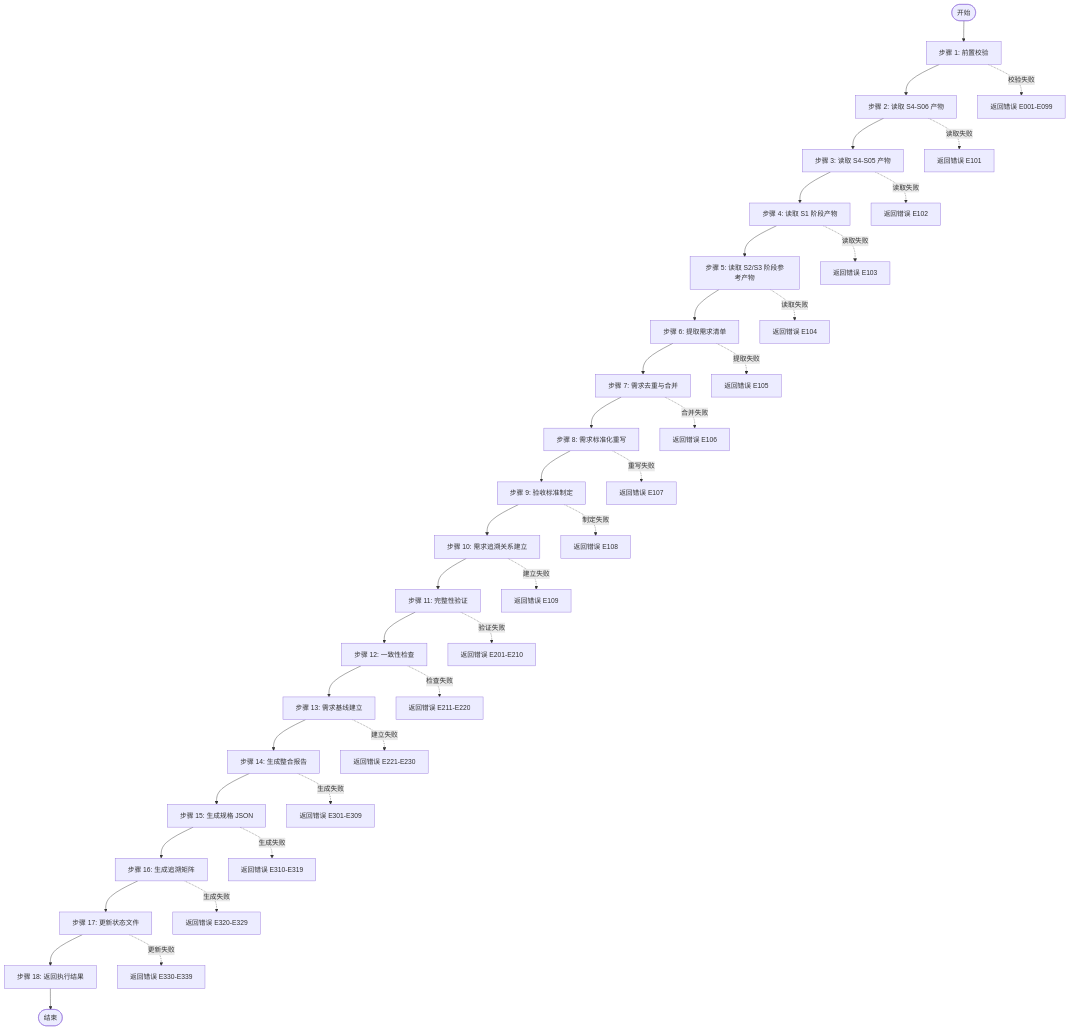
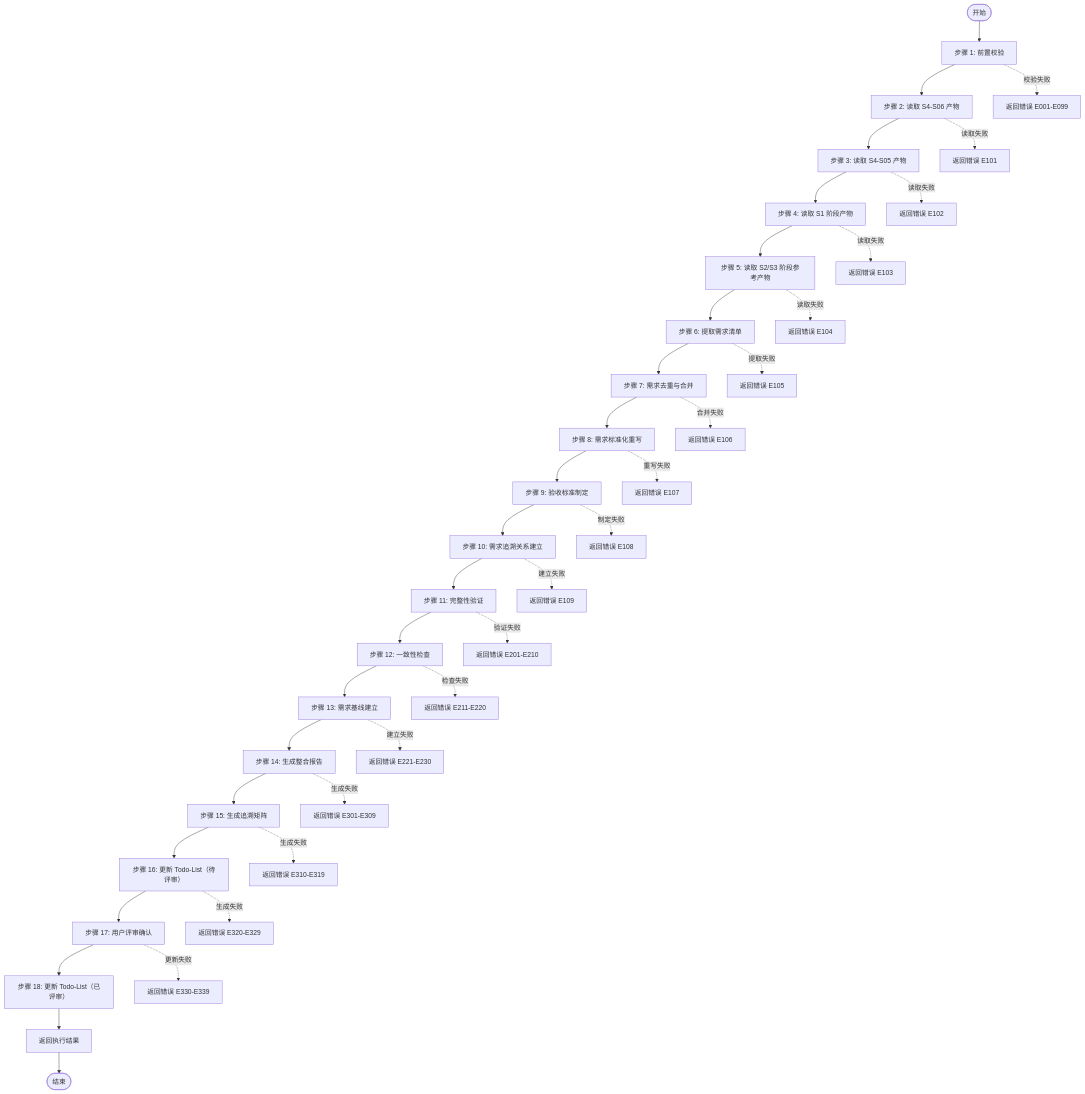
The diagram in skills/s4-integration/skill8-core/SKILL.md (HeartFlying/swf), drawn with Mermaid before and after one commit. The commit also changed other lines of this file and 39 other files, not shown here.

````diff
--- a/skills/s4-integration/skill8-core/SKILL.md
+++ b/skills/s4-integration/skill8-core/SKILL.md
@@ -88,41 +161,42 @@
 ```mermaid
 flowchart TD
     Start([开始]) --> Step1[步骤 1: 前置校验]
     Step1 --> Step2[步骤 2: 读取 S4-S06 产物]
     Step2 --> Step3[步骤 3: 读取 S4-S05 产物]
     Step3 --> Step4[步骤 4: 读取 S1 阶段产物]
     Step4 --> Step5[步骤 5: 读取 S2/S3 阶段参考产物]
     Step5 --> Step6[步骤 6: 提取需求清单]
     Step6 --> Step7[步骤 7: 需求去重与合并]
     Step7 --> Step8[步骤 8: 需求标准化重写]
     Step8 --> Step9[步骤 9: 验收标准制定]
     Step9 --> Step10[步骤 10: 需求追溯关系建立]
     Step10 --> Step11[步骤 11: 完整性验证]
     Step11 --> Step12[步骤 12: 一致性检查]
     Step12 --> Step13[步骤 13: 需求基线建立]
     Step13 --> Step14[步骤 14: 生成整合报告]
-    Step14 --> Step15[步骤 15: 生成规格 JSON]
-    Step15 --> Step16[步骤 16: 生成追溯矩阵]
-    Step16 --> Step17[步骤 17: 更新状态文件]
-    Step17 --> Step18[步骤 18: 返回执行结果]
-    Step18 --> End([结束])
+    Step14 --> Step15[步骤 15: 生成追溯矩阵]
+    Step15 --> Step16[步骤 16: 更新 Todo-List（待评审）]
+    Step16 --> Step17[步骤 17: 用户评审确认]
+    Step17 --> Step18[步骤 18: 更新 Todo-List（已评审）]
+    Step18 --> Step19[返回执行结果]
+    Step19 --> End([结束])
 
     %% 错误处理
     Step1 -.->|校验失败 | Error1[返回错误 E001-E099]
     Step2 -.->|读取失败 | Error2[返回错误 E101]
     Step3 -.->|读取失败 | Error3[返回错误 E102]
     Step4 -.->|读取失败 | Error4[返回错误 E103]
     Step5 -.->|读取失败 | Error5[返回错误 E104]
     Step6 -.->|提取失败 | Error6[返回错误 E105]
     Step7 -.->|合并失败 | Error7[返回错误 E106]
     Step8 -.->|重写失败 | Error8[返回错误 E107]
     Step9 -.->|制定失败 | Error9[返回错误 E108]
     Step10 -.->|建立失败 | Error10[返回错误 E109]
     Step11 -.->|验证失败 | Error11[返回错误 E201-E210]
     Step12 -.->|检查失败 | Error12[返回错误 E211-E220]
     Step13 -.->|建立失败 | Error13[返回错误 E221-E230]
     Step14 -.->|生成失败 | Error14[返回错误 E301-E309]
     Step15 -.->|生成失败 | Error15[返回错误 E310-E319]
     Step16 -.->|生成失败 | Error16[返回错误 E320-E329]
     Step17 -.->|更新失败 | Error17[返回错误 E330-E339]
 ```
````
